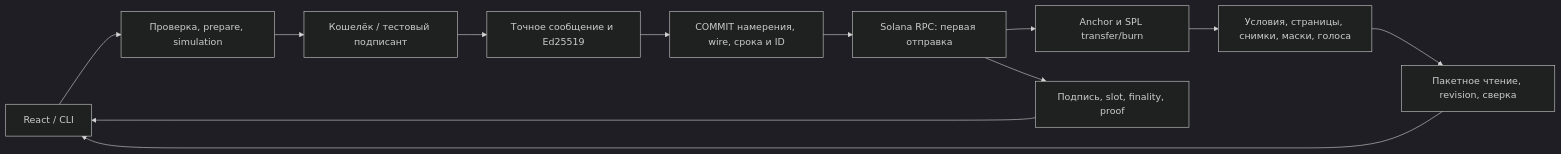
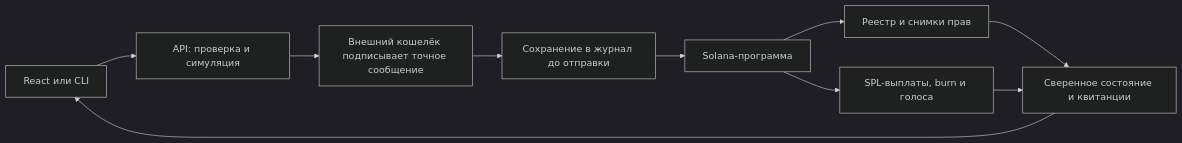
One commit to dimik98330/solana-worldsfair-2026 changed the diagram in README.ru.md. Above: the diagram before and after it, drawn with Mermaid (dark theme). The commit also changed other lines of this file and 75 other files, not shown here.

````diff
--- a/README.ru.md
+++ b/README.ru.md
@@ -91,14 +56,12 @@
 ```mermaid
 flowchart LR
-  UI[React / CLI] --> API[Проверка, prepare, simulation]
-  API --> Sign[Кошелёк / тестовый подписант]
-  Sign --> Relay[Точное сообщение и Ed25519]
-  Relay --> DB[COMMIT намерения, wire, срока и ID]
-  DB --> RPC[Solana RPC: первая отправка]
-  RPC --> Program[Anchor и SPL transfer/burn]
-  Program --> State[Условия, страницы, снимки, маски, голоса]
-  State --> Read[Пакетное чтение, revision, сверка]
-  Read --> UI
-  RPC --> Proof[Подпись, slot, finality, proof]
-  Proof --> UI
+  A[React или CLI] --> B[API: проверка и симуляция]
+  B --> C[Внешний кошелёк подписывает точное сообщение]
+  C --> D[Сохранение в журнал до отправки]
+  D --> E[Solana-программа]
+  E --> F[Реестр и снимки прав]
+  E --> G[SPL-выплаты, burn и голоса]
+  F --> H[Сверенное состояние и квитанции]
+  G --> H
+  H --> A
 ```
````
